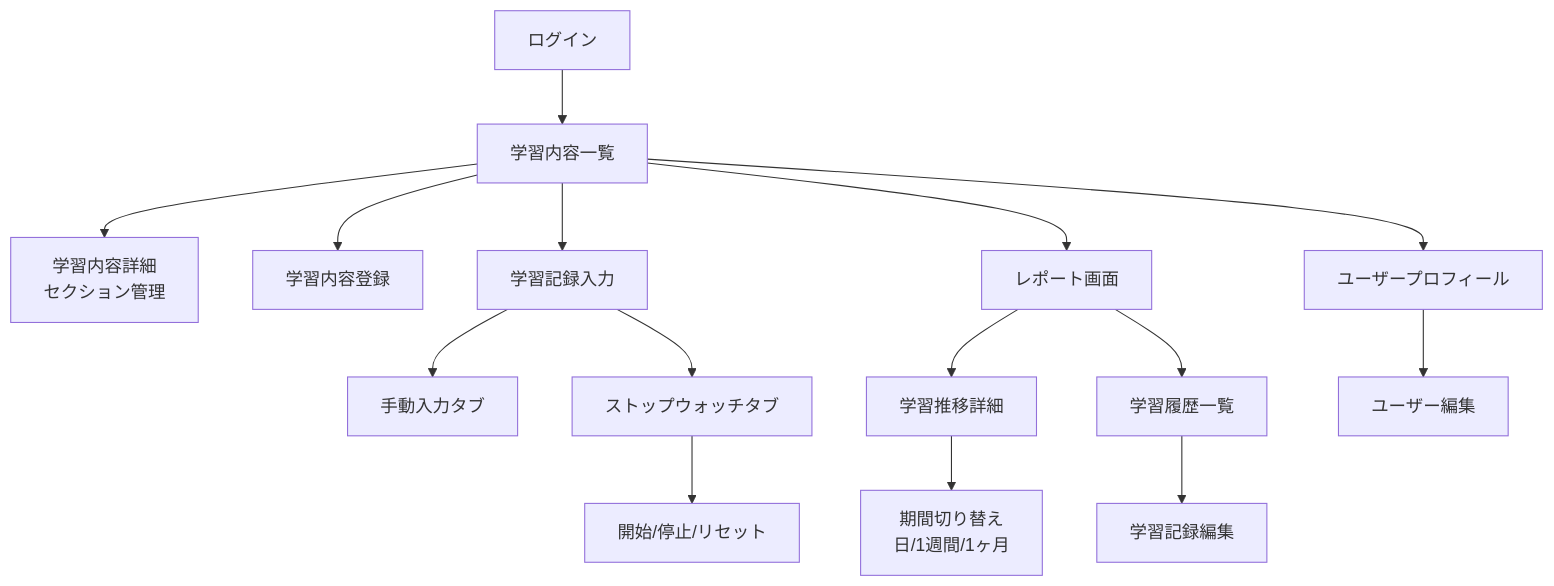
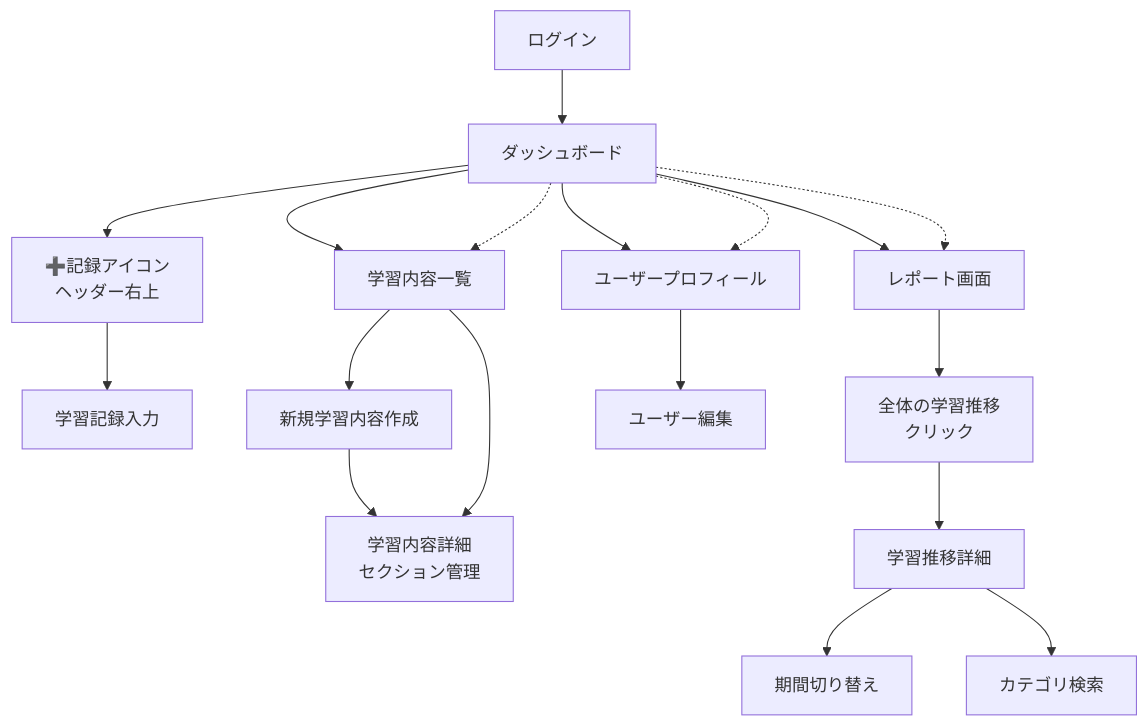
One commit to SHUN5872698/learn-track-pro changed the first of 5 diagrams in .gemini/docs/project-infos/要件定義書.md. Above: the diagram before and after it, drawn with Mermaid. The commit also changed other lines of this file and 1 other file, not shown here.

Commit message:
docs: 画面設計と事前準備タスクリストのドキュメントを更新

````diff
--- a/.gemini/docs/project-infos/要件定義書.md
+++ b/.gemini/docs/project-infos/要件定義書.md
@@ -152,18 +152,31 @@
 ```mermaid
 flowchart TD
-    A[ログイン] --> B[学習内容一覧]
-    B --> C[学習内容詳細<br/>セクション管理]
-    B --> D[学習内容登録]
-    B --> E[学習記録入力]
-    E --> F[手動入力タブ]
-    E --> G[ストップウォッチタブ]
-    G --> H[開始/停止/リセット]
+    A[ログイン] --> B[ダッシュボード]
+
+    %% ヘッダーからの記録
+    B --> R[➕記録アイコン<br/>ヘッダー右上]
+    R --> E[学習記録入力]
+
+    %% 学習内容管理
+    B --> C[学習内容一覧]
+    C --> O[新規学習内容作成]
+    O --> D[学習内容詳細]
+    C --> D[学習内容詳細<br/>セクション管理]
+
+    %% レポート関連
     B --> I[レポート画面]
-    I --> J[学習推移詳細]
-    J --> K[期間切り替え<br/>日/1週間/1ヶ月]
-    I --> L[学習履歴一覧]
-    L --> O[学習記録編集]
+    I --> I1[全体の学習推移<br/>クリック]
+    I1 --> J[学習推移詳細]
+    J --> K[期間切り替え]
+    J --> L[カテゴリ検索]
+
+    %% ユーザー管理
     B --> M[ユーザープロフィール]
     M --> N[ユーザー編集]
 
+    %% グローバルナビ
+    B -.-> C
+    B -.-> I
+    B -.-> M
+
 ```
````
